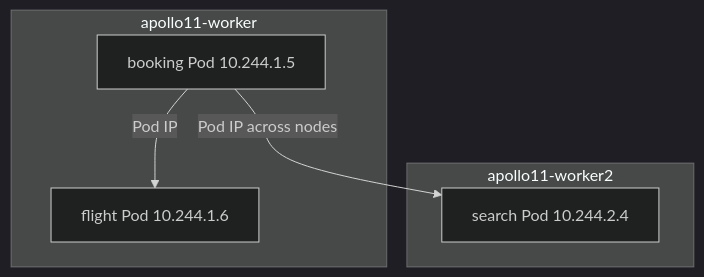
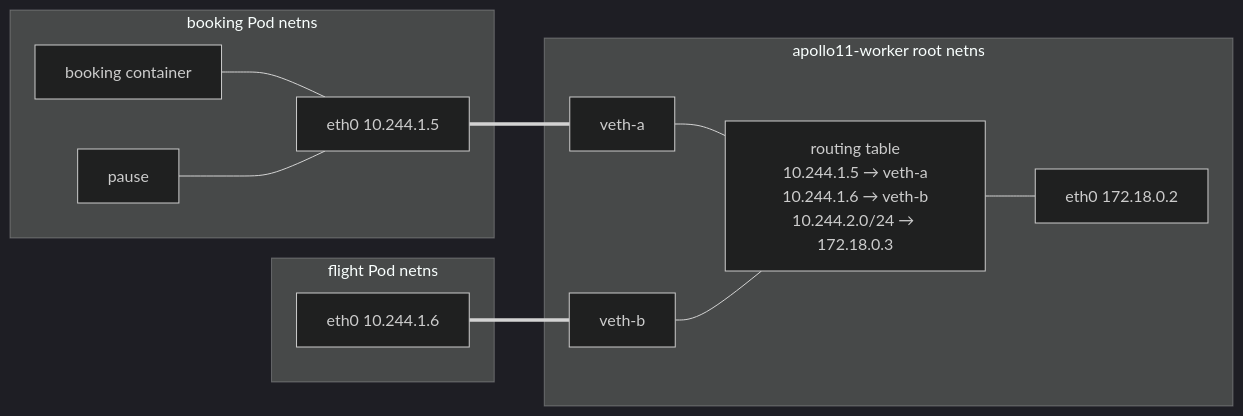
One commit to darshan-raul/apollo11-docs changed the diagram in docs/learn/networking/pod-network-and-cni.md. Above: the diagram before and after it, drawn with Mermaid (dark theme). The commit also changed other lines of this file and 7 other files, not shown here.

````diff
--- a/docs/learn/networking/pod-network-and-cni.md
+++ b/docs/learn/networking/pod-network-and-cni.md
@@ -30,12 +35,17 @@
 ```mermaid
-flowchart TB
-  subgraph worker[apollo11-worker]
-    B["booking Pod 10.244.1.5"]
-    F["flight Pod 10.244.1.6"]
+flowchart LR
+  subgraph PodA["booking Pod netns"]
+    a1[booking container] --- e1["eth0 10.244.1.5"]
+    a2[pause] --- e1
   end
-  subgraph worker2[apollo11-worker2]
-    S["search Pod 10.244.2.4"]
+  subgraph PodB["flight Pod netns"]
+    e2["eth0 10.244.1.6"]
   end
-  B -->|Pod IP| F
-  B -->|Pod IP across nodes| S
+  subgraph Node["apollo11-worker root netns"]
+    v1[veth-a] --- R["routing table<br/>10.244.1.5 → veth-a<br/>10.244.1.6 → veth-b<br/>10.244.2.0/24 → 172.18.0.3"]
+    v2[veth-b] --- R
+    R --- n0["eth0 172.18.0.2"]
+  end
+  e1 === v1
+  e2 === v2
 ```
````
